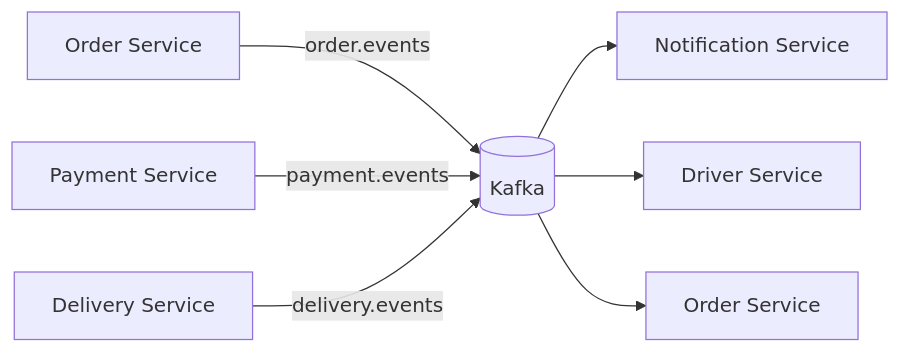
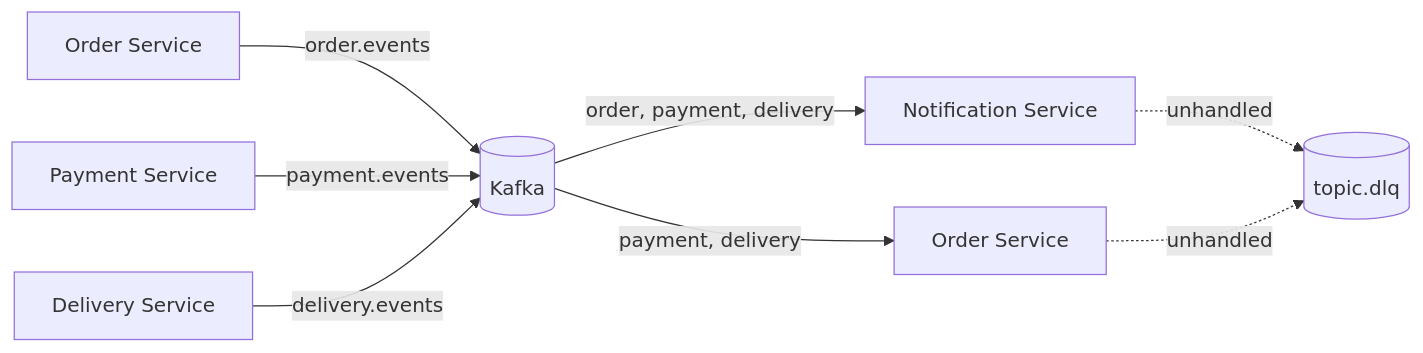
Before and after one commit to Delivery-Plus0/delivery-plus: the diagram in .project-context/05-event-driven-design.md, drawn with Mermaid. The commit also changed other lines of this file and 10 other files, not shown here.

Commit message:
docs: Kafka reliability (idempotency, dead-letter topics, replay, delivery events)

````diff
--- a/.project-context/05-event-driven-design.md
+++ b/.project-context/05-event-driven-design.md
@@ -19,9 +21,10 @@
 ```mermaid
 flowchart LR
     ORDER[Order Service] -->|order.events| KAFKA[(Kafka)]
     PAYMENT[Payment Service] -->|payment.events| KAFKA
     DELIVERY[Delivery Service] -->|delivery.events| KAFKA
-    KAFKA --> NOTIF[Notification Service]
-    KAFKA --> DRIVER[Driver Service]
-    KAFKA --> ORDER2[Order Service]
+    KAFKA -->|order, payment, delivery| NOTIF[Notification Service]
+    KAFKA -->|payment, delivery| ORDER2[Order Service]
+    NOTIF -. unhandled .-> DLQ[(topic.dlq)]
+    ORDER2 -. unhandled .-> DLQ
 ```
````
